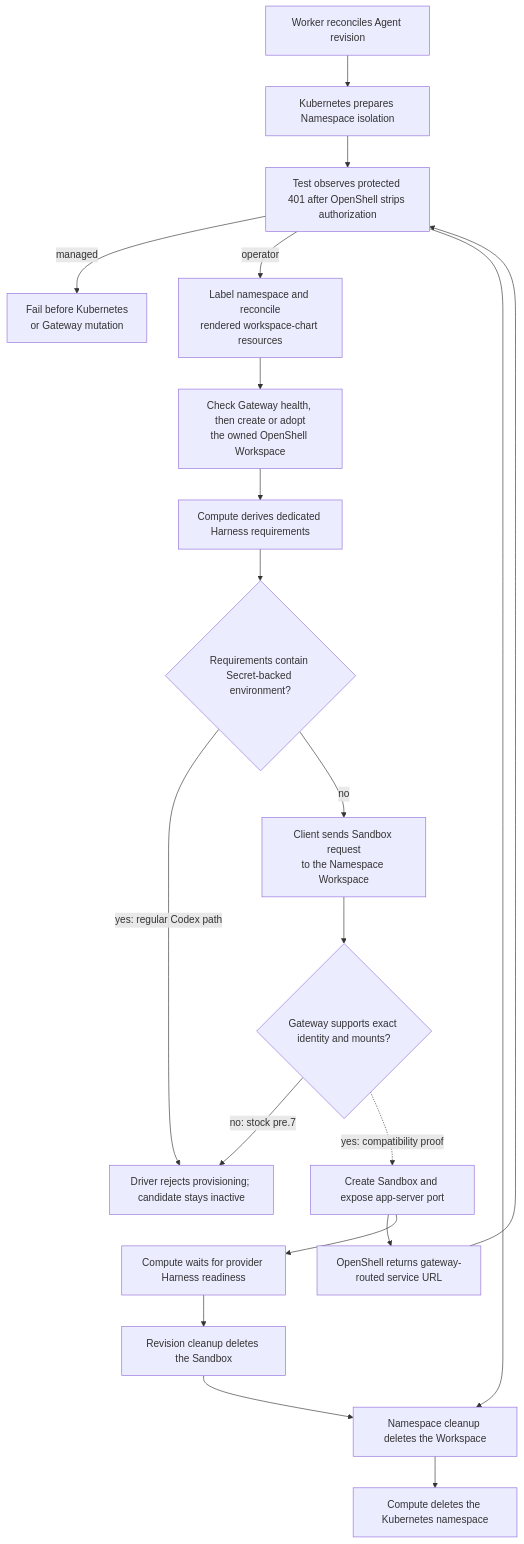
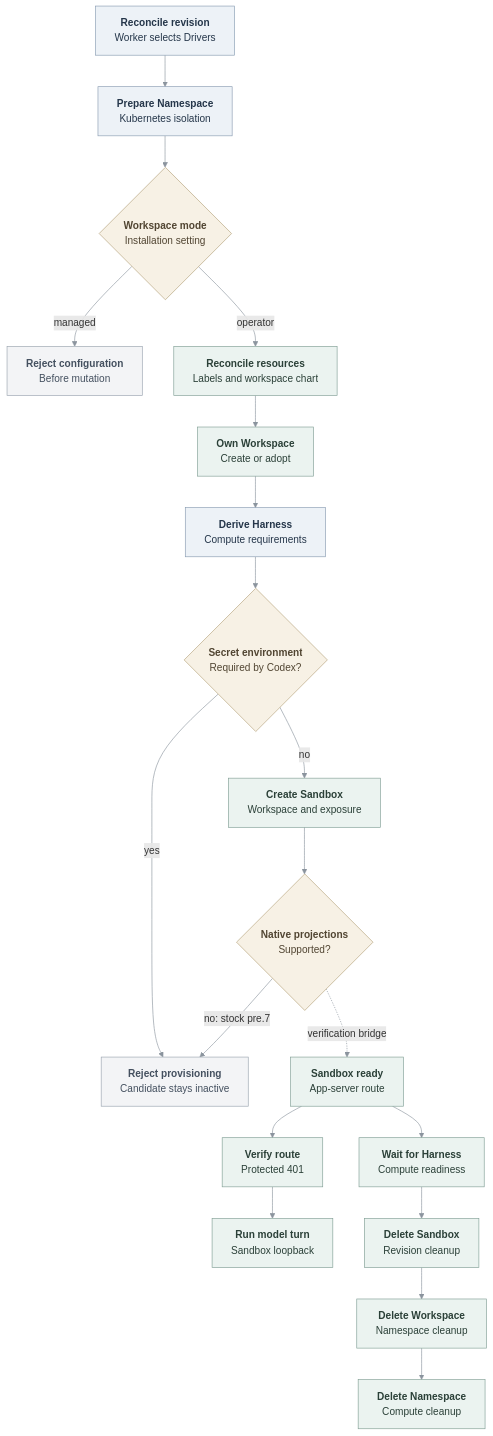
Before and after one commit to IsaiahStapleton/openclaw-enterprise: the diagram in docs/flows/openshell-sandbox-provisioning.md, drawn with Mermaid. The commit also changed other lines of this file and 27 other files, not shown here.

Commit message:
feat(dev): add Kubernetes-only OpenShell environment

````diff
--- a/docs/flows/openshell-sandbox-provisioning.md
+++ b/docs/flows/openshell-sandbox-provisioning.md
@@ -43,22 +45,31 @@
 ```mermaid
 graph TD
-  A["Worker reconciles Agent revision"] --> B["Kubernetes prepares Namespace isolation"]
-  B --> M{"Configured workspace mode"}
-  M -- "managed" --> X["Fail before Kubernetes<br/>or Gateway mutation"]
-  M -- "operator" --> C["Label namespace and reconcile<br/>rendered workspace-chart resources"]
-  C --> W["Check Gateway health, then create or adopt<br/>the owned OpenShell Workspace"]
-  W --> D["Compute derives dedicated Harness requirements"]
-  D --> E{"Requirements contain Secret-backed environment?"}
-  E -- "yes: regular Codex path" --> F["Driver rejects provisioning; candidate stays inactive"]
-  E -- "no" --> G["Client sends Sandbox request<br/>to the Namespace Workspace"]
-  G --> K{"Gateway supports exact identity and mounts?"}
-  K -- "no: stock pre.7" --> F
-  K -. "yes: compatibility proof" .-> H["Create Sandbox and expose app-server port"]
-  H --> L["OpenShell returns gateway-routed service URL"]
-  L --> M["Test observes protected 401 after OpenShell strips authorization"]
-  M --> N["Test runs authenticated model turn on Sandbox loopback"]
-  H --> I["Compute waits for provider Harness readiness"]
-  I --> J["Revision cleanup deletes the Sandbox"]
-  J --> N["Namespace cleanup deletes the Workspace"]
-  N --> O["Compute deletes the Kubernetes namespace"]
+  A["<b>Reconcile revision</b><br/>Worker selects Drivers"] --> B["<b>Prepare Namespace</b><br/>Kubernetes isolation"]
+  B --> C{"<b>Workspace mode</b><br/>Installation setting"}
+  C -- "managed" --> X["<b>Reject configuration</b><br/>Before mutation"]
+  C -- "operator" --> D["<b>Reconcile resources</b><br/>Labels and workspace chart"]
+  D --> E["<b>Own Workspace</b><br/>Create or adopt"]
+  E --> F["<b>Derive Harness</b><br/>Compute requirements"]
+  F --> G{"<b>Secret environment</b><br/>Required by Codex?"}
+  G -- "yes" --> R["<b>Reject provisioning</b><br/>Candidate stays inactive"]
+  G -- "no" --> H["<b>Create Sandbox</b><br/>Workspace and exposure"]
+  H --> I{"<b>Native projections</b><br/>Supported?"}
+  I -- "no: stock pre.7" --> R
+  I -. "verification bridge" .-> J["<b>Sandbox ready</b><br/>App-server route"]
+  J --> K["<b>Verify route</b><br/>Protected 401"]
+  K --> L["<b>Run model turn</b><br/>Sandbox loopback"]
+  J --> M["<b>Wait for Harness</b><br/>Compute readiness"]
+  M --> N["<b>Delete Sandbox</b><br/>Revision cleanup"]
+  N --> O["<b>Delete Workspace</b><br/>Namespace cleanup"]
+  O --> P["<b>Delete Namespace</b><br/>Compute cleanup"]
+
+  classDef state fill:#EDF2F7,stroke:#879AB0,color:#25364A,stroke-width:1px
+  classDef operation fill:#EBF3F0,stroke:#7F9D93,color:#2B4038,stroke-width:1px
+  classDef gate fill:#F7F1E5,stroke:#B3A078,color:#514532,stroke-width:1px
+  classDef blocked fill:#F3F4F6,stroke:#98A2AE,color:#44505F,stroke-width:1px
+  class A,B,F state
+  class D,E,H,J,K,L,M,N,O,P operation
+  class C,G,I gate
+  class X,R blocked
+  linkStyle default stroke:#8B949E,stroke-width:1px
 ```
````
